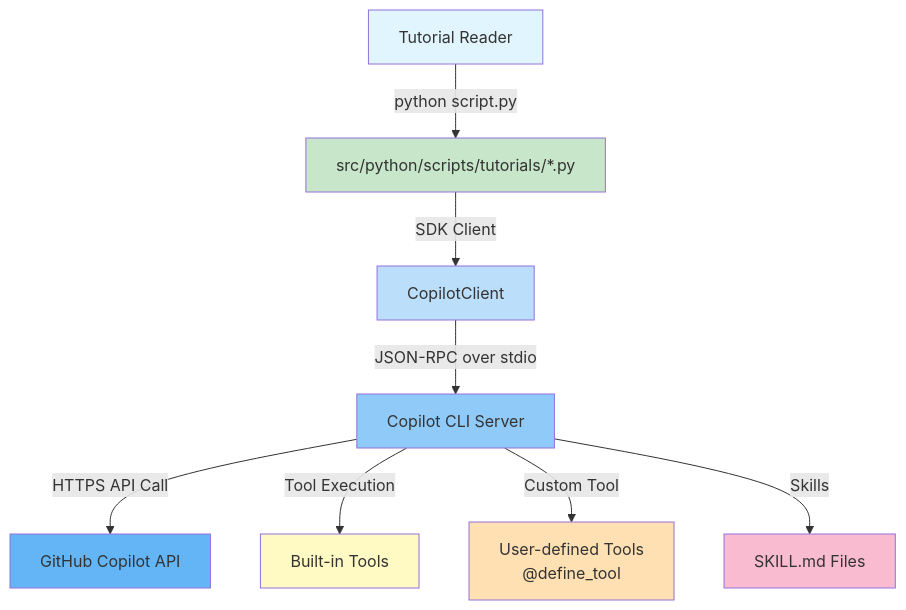
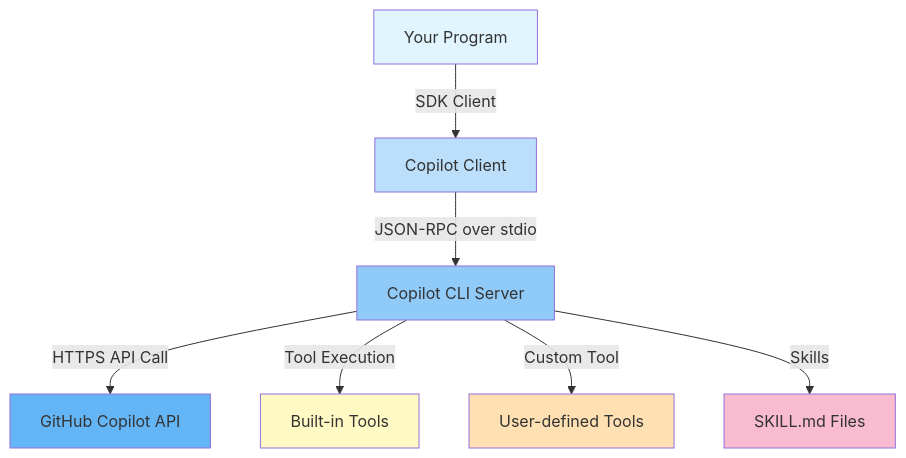
Before and after one commit to ks6088ts/template-github-copilot: the first of 3 diagrams in docs/copilot_sdk_tutorial/architecture.md, drawn with Mermaid. The commit also changed other lines of this file and 40 other files, not shown here.

First line of the commit message:
Refactor Copilot SDK tutorial documentation and Go implementation

````diff
--- a/docs/copilot_sdk_tutorial/architecture.md
+++ b/docs/copilot_sdk_tutorial/architecture.md
@@ -9,19 +9,17 @@
 ```mermaid
 graph TD
-    A[Tutorial Reader] -->|python script.py| S[src/python/scripts/tutorials/*.py]
-    S -->|SDK Client| B[CopilotClient]
+    A[Your Program] -->|SDK Client| B[Copilot Client]
     B -->|JSON-RPC over stdio| C[Copilot CLI Server]
     C -->|HTTPS API Call| D[GitHub Copilot API]
     C -->|Tool Execution| E[Built-in Tools]
-    C -->|Custom Tool| F[User-defined Tools<br/>@define_tool]
+    C -->|Custom Tool| F[User-defined Tools]
     C -->|Skills| G[SKILL.md Files]
 
     style A fill:#e1f5fe
-    style S fill:#c8e6c9
     style B fill:#bbdefb
     style C fill:#90caf9
     style D fill:#64b5f6
     style E fill:#fff9c4
     style F fill:#ffe0b2
     style G fill:#f8bbd0
 ```
````
